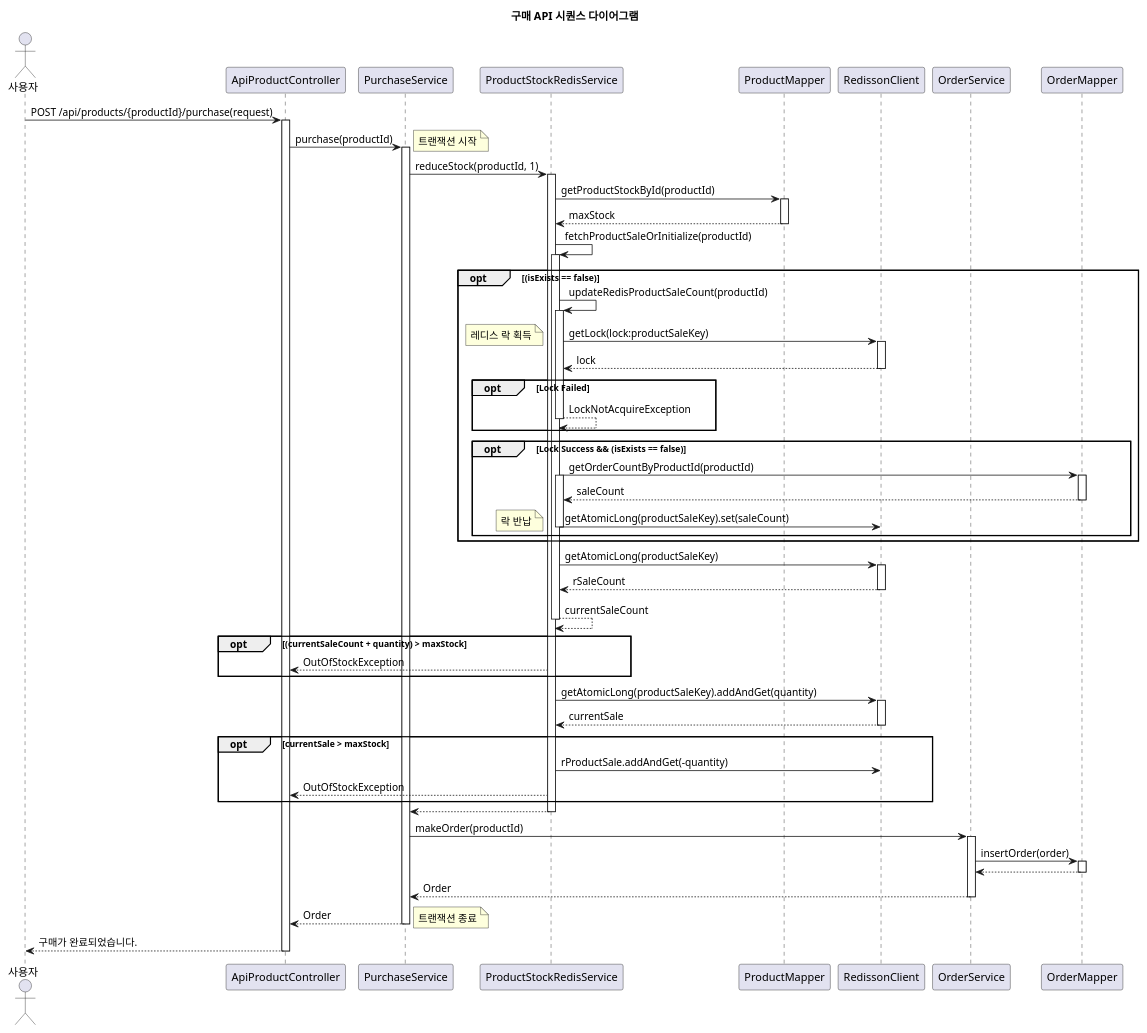
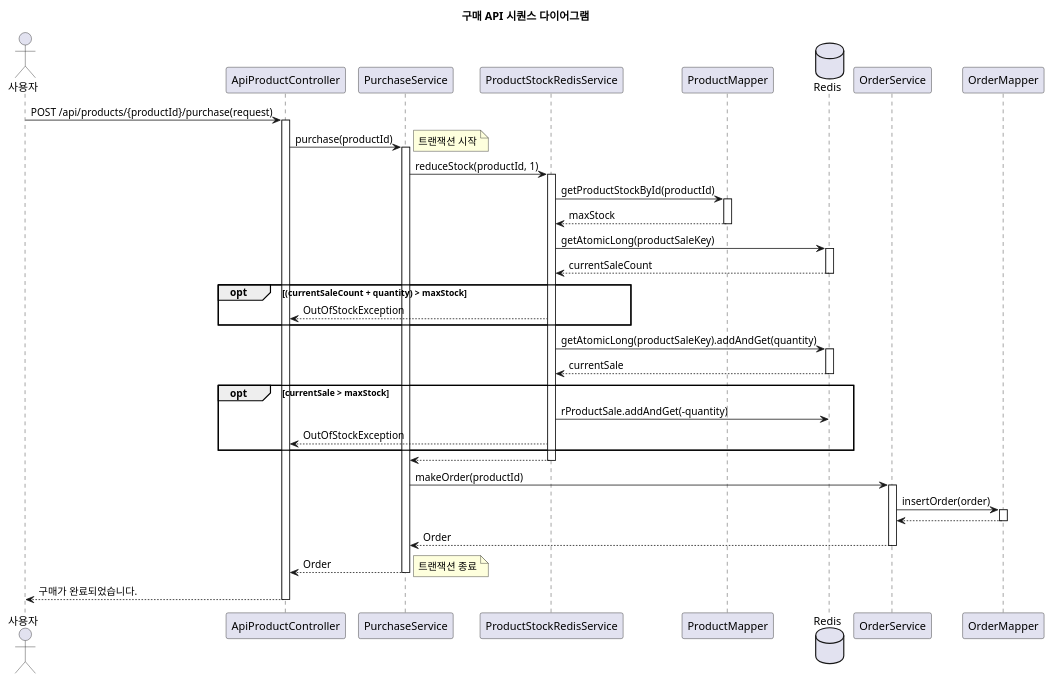
One commit to siljae/shoppingmall changed the diagram in docs/diagrams/Order.puml. Above: the diagram before and after it, drawn with PlantUML. The commit also changed 3 other files, not shown here.

Commit message:
Docs Diagrams Update

```diff
--- a/docs/diagrams/Order.puml
+++ b/docs/diagrams/Order.puml
@@ -1,107 +1,70 @@
 @startuml
 title 구매 API 시퀀스 다이어그램
 
 actor 사용자 as User
 participant "ApiProductController" as Controller
 participant "PurchaseService" as PurchaseService
 participant "ProductStockRedisService" as ProductStockRedisService
 participant "ProductMapper" as ProductMapper
-participant "RedissonClient" as RedissonClient
+database  "Redis" as RedissonClient
 participant "OrderService" as OrderService
 participant "OrderMapper" as OrderMapper
 
 
 User -> Controller : POST /api/products/{productId}/purchase(request)
 activate Controller
 
 
 Controller -> PurchaseService : purchase(productId)
 activate PurchaseService
 
 note right : 트랜잭션 시작
 PurchaseService -> ProductStockRedisService : reduceStock(productId, 1)
 activate ProductStockRedisService
 
 ProductStockRedisService -> ProductMapper : getProductStockById(productId)
 activate ProductMapper
 ProductMapper --> ProductStockRedisService : maxStock
 deactivate ProductMapper
 
-ProductStockRedisService -> ProductStockRedisService : fetchProductSaleOrInitialize(productId)
-activate ProductStockRedisService
-
-opt (isExists == false)
-    ProductStockRedisService -> ProductStockRedisService : updateRedisProductSaleCount(productId)
-    activate ProductStockRedisService
-
-    ProductStockRedisService -> RedissonClient : getLock(lock:productSaleKey)
-    note left : 레디스 락 획득
-    activate RedissonClient
-    RedissonClient --> ProductStockRedisService : lock
-    deactivate RedissonClient
-
-    opt Lock Failed
-        ProductStockRedisService --> ProductStockRedisService : LockNotAcquireException
-        deactivate ProductStockRedisService
-    end
-
-    opt Lock Success && (isExists == false)
-        ProductStockRedisService -> OrderMapper : getOrderCountByProductId(productId)
-        activate ProductStockRedisService
-        activate OrderMapper
-        OrderMapper --> ProductStockRedisService : saleCount
-        deactivate OrderMapper
-
-        ProductStockRedisService -> RedissonClient : getAtomicLong(productSaleKey).set(saleCount)
-        deactivate ProductStockRedisService
-        note left : 락 반납
-    end
-
-
-end
 
 
 ProductStockRedisService -> RedissonClient : getAtomicLong(productSaleKey)
 activate RedissonClient
-RedissonClient --> ProductStockRedisService : rSaleCount
+RedissonClient --> ProductStockRedisService : currentSaleCount
 deactivate RedissonClient
-
-ProductStockRedisService --> ProductStockRedisService : currentSaleCount
-deactivate ProductStockRedisService
-
-
 
 opt (currentSaleCount + quantity) > maxStock
 ProductStockRedisService --> Controller : OutOfStockException
 end
 
 ProductStockRedisService -> RedissonClient : getAtomicLong(productSaleKey).addAndGet(quantity)
 activate RedissonClient
 RedissonClient --> ProductStockRedisService : currentSale
 deactivate RedissonClient
 
 opt currentSale > maxStock
 ProductStockRedisService -> RedissonClient : rProductSale.addAndGet(-quantity)
 ProductStockRedisService --> Controller : OutOfStockException
 end
 
 ProductStockRedisService --> PurchaseService
 deactivate ProductStockRedisService
 
 PurchaseService -> OrderService : makeOrder(productId)
 activate OrderService
 OrderService -> OrderMapper : insertOrder(order)
 activate OrderMapper
 OrderMapper --> OrderService
 deactivate OrderMapper
 OrderService --> PurchaseService : Order
 deactivate OrderService
 
 PurchaseService --> Controller : Order
 deactivate PurchaseService
 note right : 트랜잭션 종료
 
 Controller --> User : 구매가 완료되었습니다.
 deactivate Controller
 
 @enduml
```
